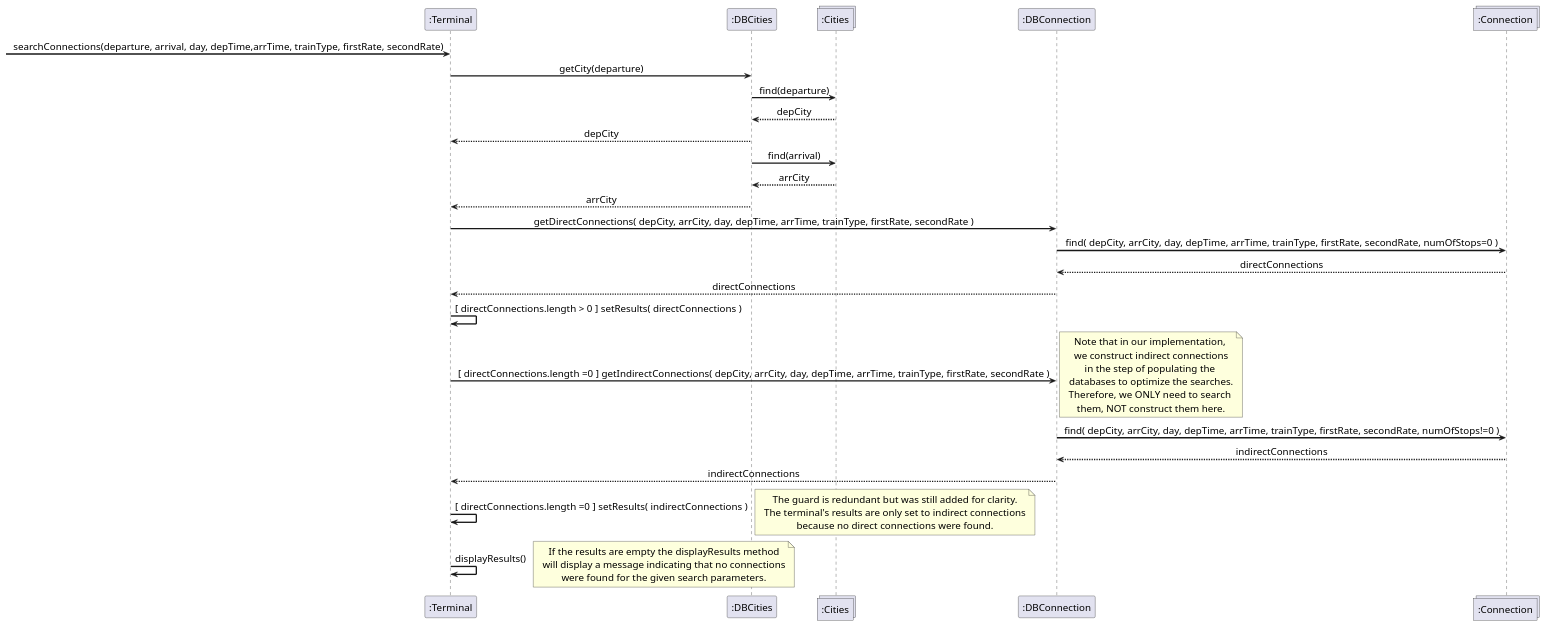
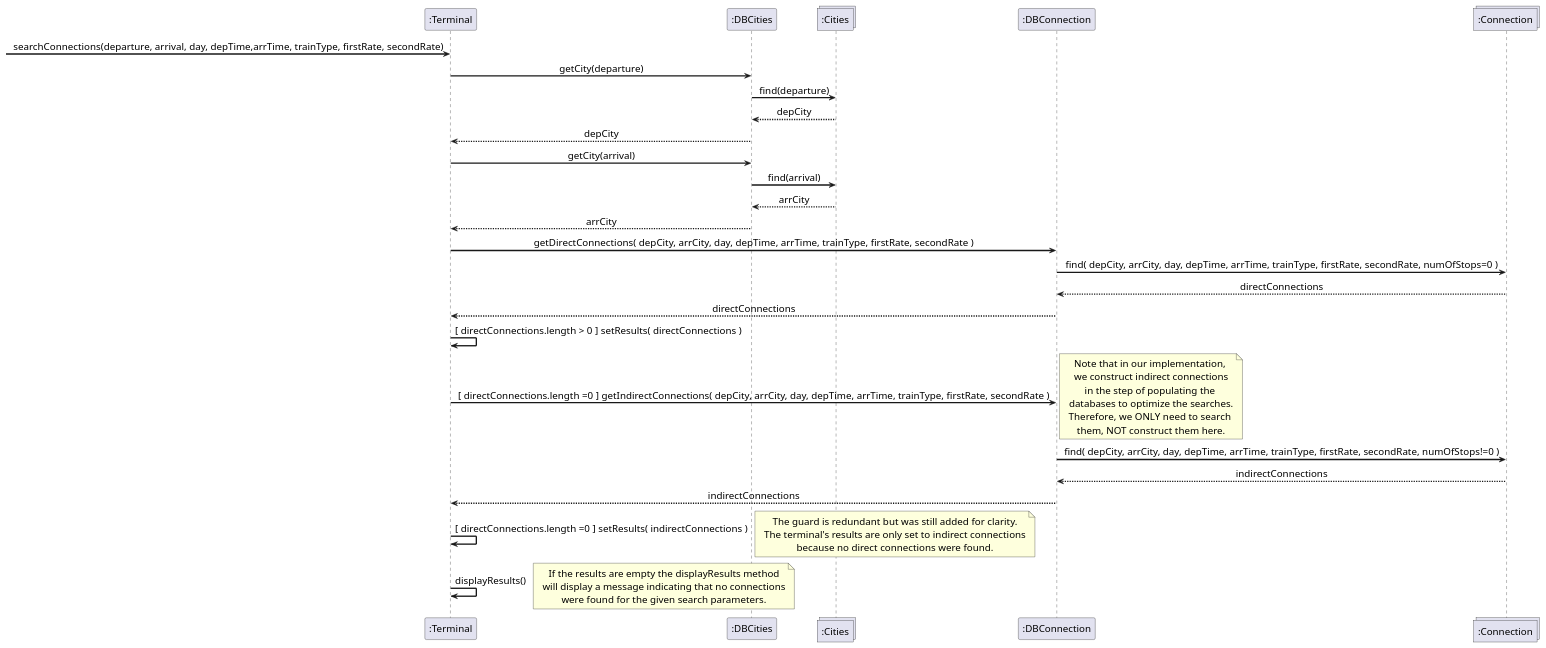
One commit to Cimpo1/SOEN342_2025 changed the diagram in docs/searchConn.plantuml. Above: the diagram before and after it, drawn with PlantUML. The commit also changed 4 other files, not shown here.

```diff
--- a/docs/searchConn.plantuml
+++ b/docs/searchConn.plantuml
@@ -1,64 +1,67 @@
 @startuml searchConn Interaction Sequence Diagram
 skinparam DefaultFontName Arial
 skinparam DefaultFontSize 16
 skinparam DefaultFontStyle bold
 skinparam ArrowThickness 2.2
 skinparam sequenceMessageAlign center
 skinparam noteTextAlignment center
 hide empty members
 
 participant ":Terminal" as terminal
 participant ":DBCities" as dbci
 collections ":Cities" as cMulti
 participant ":DBConnection" as dbco
 collections ":Connection" as connMulti
 
 ->terminal:searchConnections(departure, arrival, day, depTime,arrTime, trainType, firstRate, secondRate)
 terminal->dbci :getCity(departure)
 
 dbci->cMulti: find(departure)
 cMulti --> dbci:depCity
 dbci --> terminal:depCity
+
+
+terminal->dbci :getCity(arrival)
 
 dbci->cMulti: find(arrival)
 cMulti --> dbci:arrCity
 dbci --> terminal:arrCity
 
 terminal->dbco:getDirectConnections( depCity, arrCity, day, depTime, arrTime, trainType, firstRate, secondRate )
 dbco->connMulti: find( depCity, arrCity, day, depTime, arrTime, trainType, firstRate, secondRate, numOfStops=0 )
 connMulti --> dbco:directConnections
 dbco --> terminal:directConnections
 
 terminal -> terminal: [ directConnections.length > 0 ] setResults( directConnections )
 
 terminal->dbco:[ directConnections.length =0 ] getIndirectConnections( depCity, arrCity, day, depTime, arrTime, trainType, firstRate, secondRate )
 note right
     Note that in our implementation, 
     we construct indirect connections
     in the step of populating the 
     databases to optimize the searches.
     Therefore, we ONLY need to search 
     them, NOT construct them here.
 endnote
 dbco->connMulti: find( depCity, arrCity, day, depTime, arrTime, trainType, firstRate, secondRate, numOfStops!=0 )
 connMulti --> dbco:indirectConnections
 dbco --> terminal:indirectConnections
 
 terminal -> terminal: [ directConnections.length =0 ] setResults( indirectConnections )
 
 note right
     The guard is redundant but was still added for clarity.
     The terminal's results are only set to indirect connections
     because no direct connections were found.
 endnote
 
 terminal ->terminal: displayResults()
 
 note right
     If the results are empty the displayResults method
     will display a message indicating that no connections
     were found for the given search parameters.
 endnote
 
 
 @enduml
```
